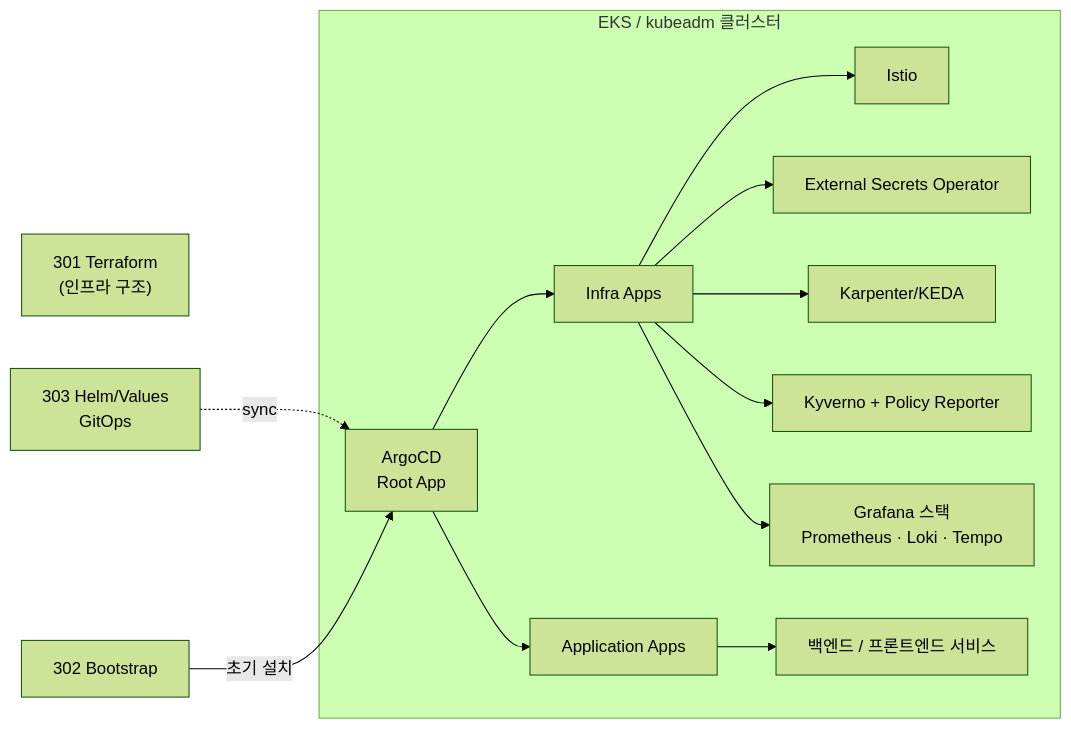
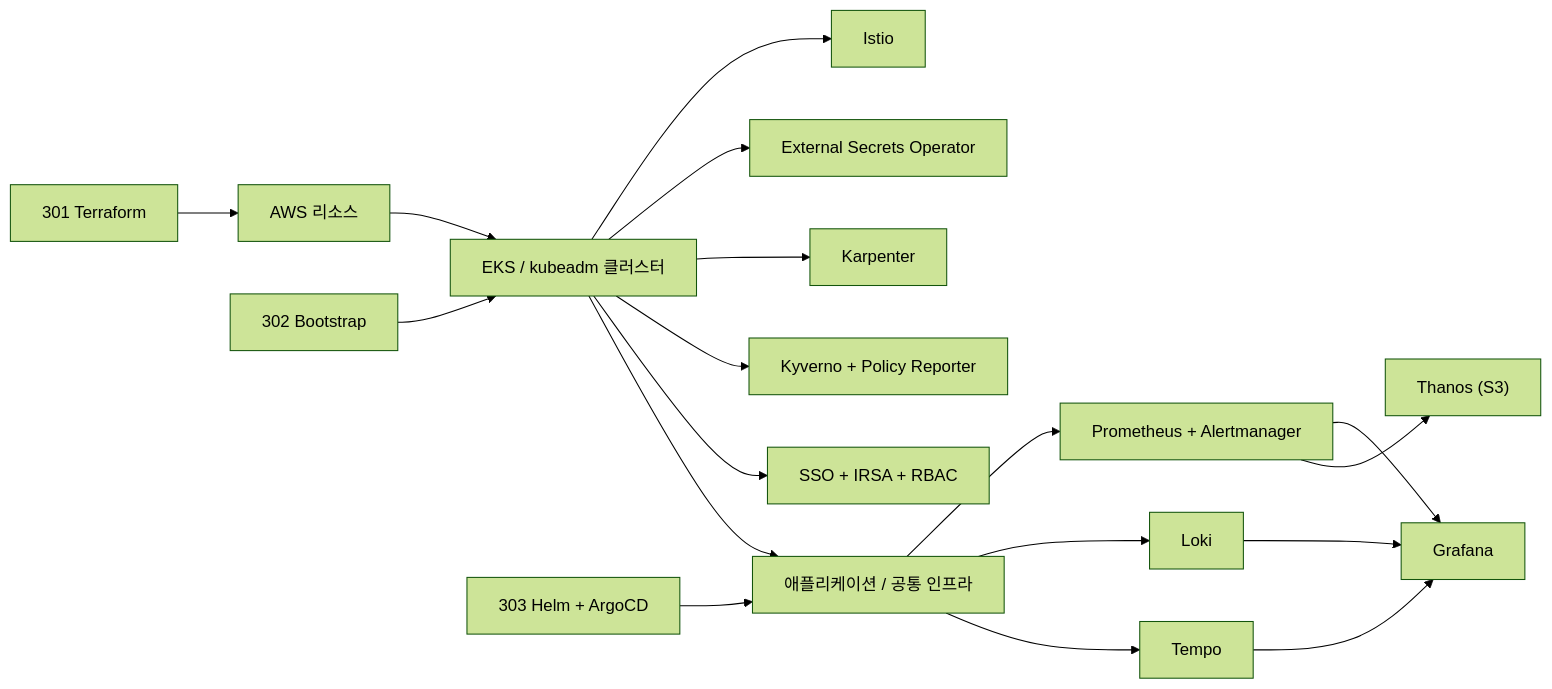
One commit to goorm-gongbang/001-finalPR changed the second of 3 diagrams in docs/content/infrastructure/architecture.md. Above: the diagram before and after it, drawn with Mermaid (forest theme). The commit also changed other lines of this file and 21 other files, not shown here.

````diff
--- a/docs/content/infrastructure/architecture.md
+++ b/docs/content/infrastructure/architecture.md
@@ -55,22 +25,22 @@
 ```mermaid
 flowchart LR
-    TF["301 Terraform<br>(인프라 구조)"]
-    REPO["303 Helm/Values<br>GitOps"] -. sync .-> ARGO
+    TF["301 Terraform"] --> AWS["AWS 리소스"]
+    BOOT["302 Bootstrap"] --> CLUSTER["EKS / kubeadm 클러스터"]
+    GITOPS["303 Helm + ArgoCD"] --> APPS["애플리케이션 / 공통 인프라"]
 
-    subgraph CLUSTER["EKS / kubeadm 클러스터"]
-        ARGO["ArgoCD<br>Root App"]
-        ARGO --> INFRA_APPS["Infra Apps"]
-        ARGO --> APP_APPS["Application Apps"]
+    AWS --> CLUSTER
+    CLUSTER --> ISTIO["Istio"]
+    CLUSTER --> ESO["External Secrets Operator"]
+    CLUSTER --> KARP["Karpenter"]
+    CLUSTER --> POLICY["Kyverno + Policy Reporter"]
+    CLUSTER --> ACCESS["SSO + IRSA + RBAC"]
+    CLUSTER --> APPS
 
-        INFRA_APPS --> ISTIO["Istio"]
-        INFRA_APPS --> ESO["External Secrets Operator"]
-        INFRA_APPS --> KARP["Karpenter/KEDA"]
-        INFRA_APPS --> POLICY["Kyverno + Policy Reporter"]
-        INFRA_APPS --> OBS["Grafana 스택<br>Prometheus · Loki · Tempo"]
-
-        APP_APPS --> SVC["백엔드 / 프론트엔드 서비스"]
-    end
-
-    BOOT["302 Bootstrap"] -->|초기 설치| ARGO
-
+    APPS --> PROM["Prometheus + Alertmanager"]
+    APPS --> LOKI["Loki"]
+    APPS --> TEMPO["Tempo"]
+    PROM --> GRAF["Grafana"]
+    LOKI --> GRAF
+    TEMPO --> GRAF
+    PROM --> THANOS["Thanos (S3)"]
 ```
````
